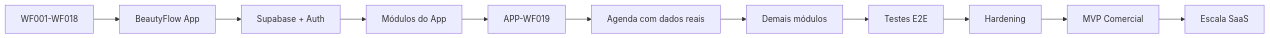
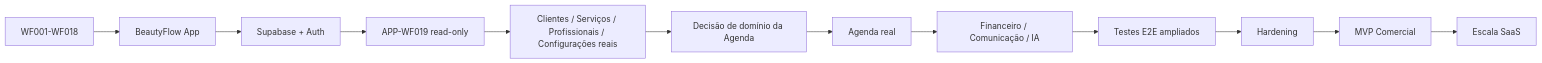
One commit to Kelencs/beautyflow-ai changed diagram 11 of 12 in README.md. Above: the diagram before and after it, drawn with Mermaid. The commit also changed other lines of this file and 2 other files, not shown here.

First line of the commit message:
docs: sync BeautyFlow status after APP-WF019 homologation

````diff
--- a/README.md
+++ b/README.md
@@ -503,13 +526,14 @@
 ```mermaid
 flowchart LR
     A["WF001-WF018"] --> B["BeautyFlow App"]
     B --> C["Supabase + Auth"]
-    C --> D["Módulos do App"]
-    D --> E["APP-WF019"]
-    E --> F["Agenda com dados reais"]
-    F --> G["Demais módulos"]
-    G --> H["Testes E2E"]
-    H --> I["Hardening"]
-    I --> J["MVP Comercial"]
-    J --> K["Escala SaaS"]
+    C --> D["APP-WF019 read-only"]
+    D --> E["Clientes / Serviços / Profissionais / Configurações reais"]
+    E --> F["Decisão de domínio da Agenda"]
+    F --> G["Agenda real"]
+    G --> H["Financeiro / Comunicação / IA"]
+    H --> I["Testes E2E ampliados"]
+    I --> J["Hardening"]
+    J --> K["MVP Comercial"]
+    K --> L["Escala SaaS"]
 ```
````
